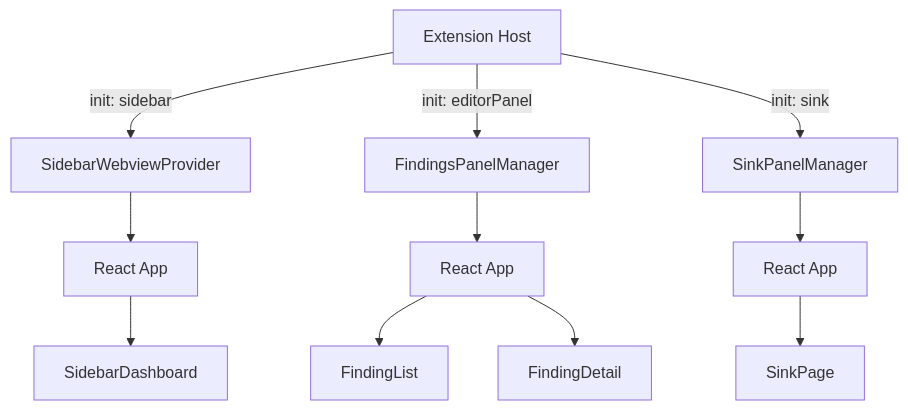
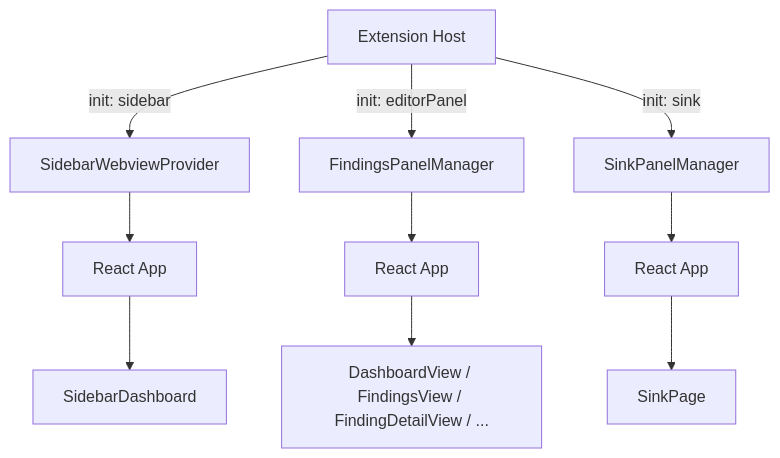
One commit to vawsgit/automated-security-helper changed the diagram in workbench/docs/docs/developer-docs/webview/README.md. Above: the diagram before and after it, drawn with Mermaid. The commit also changed other lines of this file and 48 other files, not shown here.

````diff
--- a/workbench/docs/docs/developer-docs/webview/README.md
+++ b/workbench/docs/docs/developer-docs/webview/README.md
@@ -54,13 +81,12 @@
 ```mermaid
 graph TD
     EXT[Extension Host] -->|"init: sidebar"| SIDEBAR[SidebarWebviewProvider]
     EXT -->|"init: editorPanel"| PANEL[FindingsPanelManager]
     EXT -->|"init: sink"| SINK[SinkPanelManager]
     SIDEBAR --> REACT_S[React App]
     PANEL --> REACT_P[React App]
     SINK --> REACT_K[React App]
     REACT_S --> DASH[SidebarDashboard]
-    REACT_P --> LIST[FindingList]
-    REACT_P --> DETAIL[FindingDetail]
+    REACT_P --> VIEWS[DashboardView / FindingsView / FindingDetailView / ...]
     REACT_K --> SINKPAGE[SinkPage]
 ```
````
